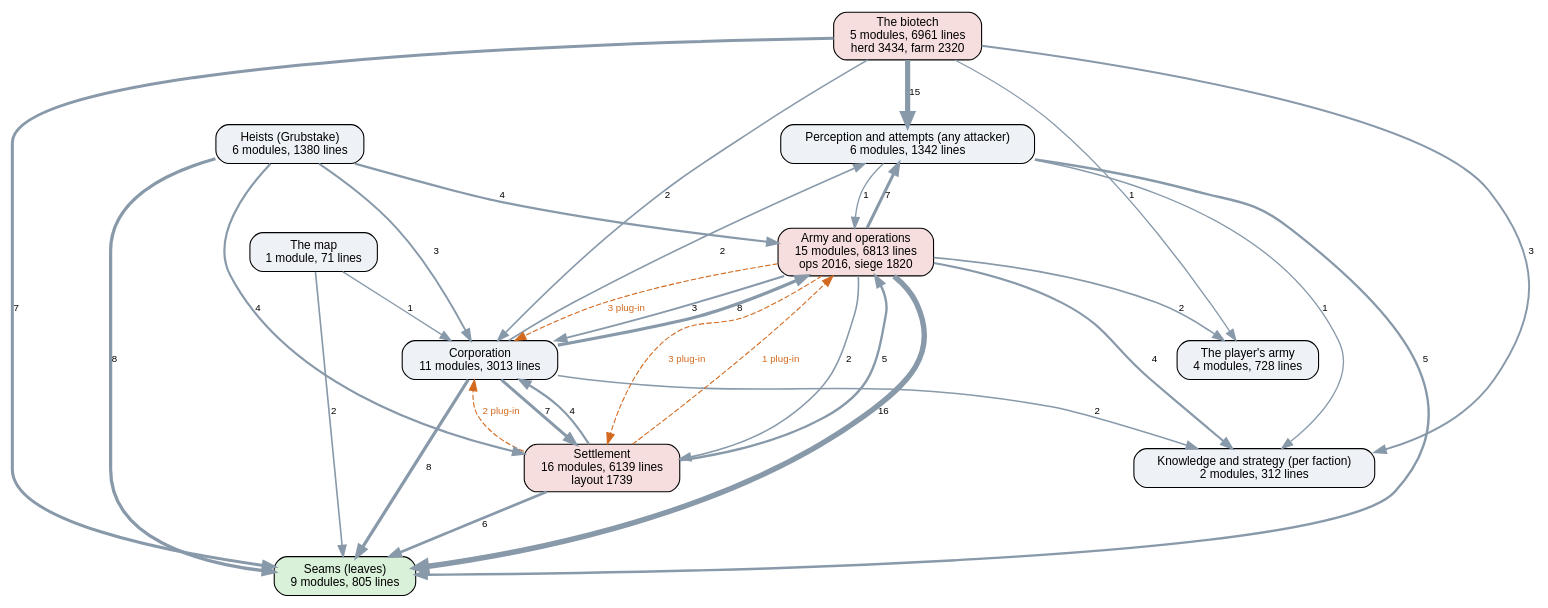
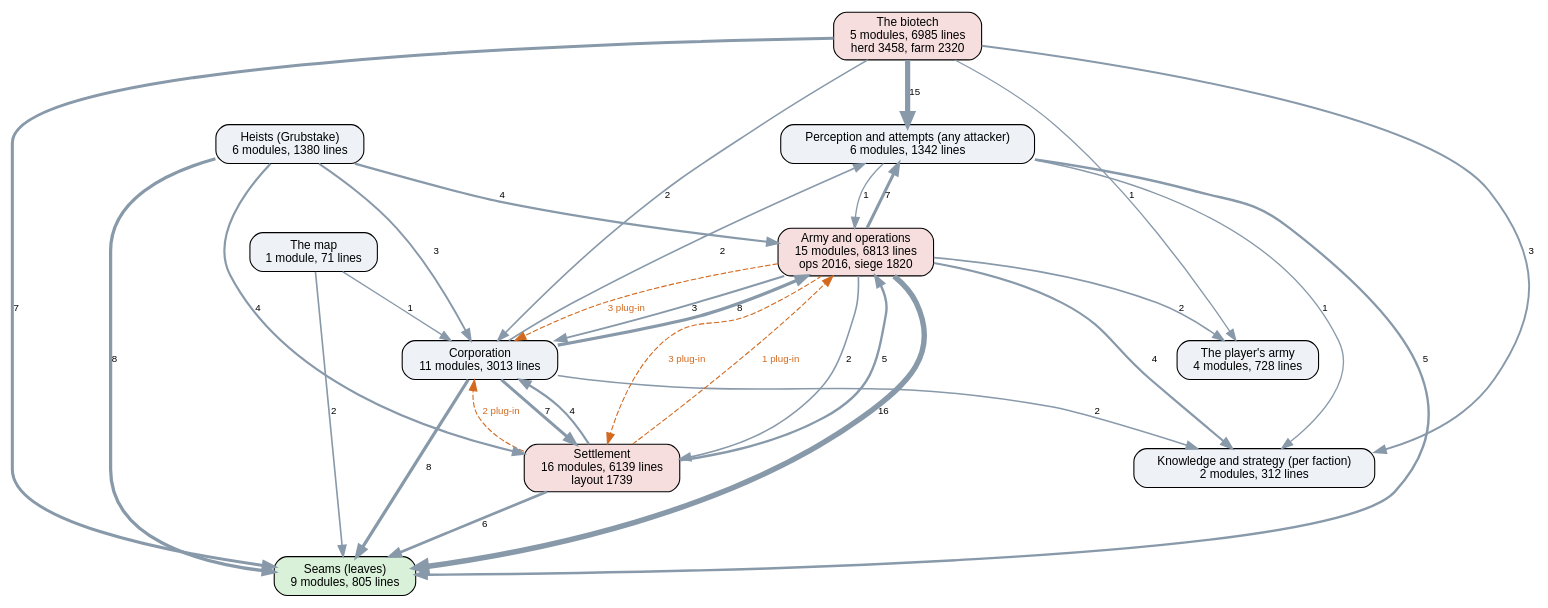
The diagram in docs/ai-layers.dot (kinelhu/landing-party), drawn with Graphviz before and after one commit. The commit also changed 7 other files, not shown here.

```diff
--- a/docs/ai-layers.dot
+++ b/docs/ai-layers.dot
@@ -1,47 +1,47 @@
 digraph layers {
   graph [rankdir=TB, fontname="Helvetica", nodesep=0.5, ranksep=0.7];
   node [shape=box, style="rounded,filled", fontname="Helvetica", fontsize=11, fillcolor="#eef2f7"];
   edge [color="#8899aa", fontname="Helvetica", fontsize=9];
   "Seams (leaves)" [label="Seams (leaves)\n9 modules, 805 lines", fillcolor="#d9f0d9"];
   "Perception and attempts (any attacker)" [label="Perception and attempts (any attacker)\n6 modules, 1342 lines", fillcolor="#eef2f7"];
   "Knowledge and strategy (per faction)" [label="Knowledge and strategy (per faction)\n2 modules, 312 lines", fillcolor="#eef2f7"];
   "Corporation" [label="Corporation\n11 modules, 3013 lines", fillcolor="#eef2f7"];
   "Settlement" [label="Settlement\n16 modules, 6139 lines\nlayout 1739", fillcolor="#f7dede"];
   "Army and operations" [label="Army and operations\n15 modules, 6813 lines\nops 2016, siege 1820", fillcolor="#f7dede"];
   "Heists (Grubstake)" [label="Heists (Grubstake)\n6 modules, 1380 lines", fillcolor="#eef2f7"];
-  "The biotech" [label="The biotech\n5 modules, 6961 lines\nherd 3434, farm 2320", fillcolor="#f7dede"];
+  "The biotech" [label="The biotech\n5 modules, 6985 lines\nherd 3458, farm 2320", fillcolor="#f7dede"];
   "The map" [label="The map\n1 module, 71 lines", fillcolor="#eef2f7"];
   "The player's army" [label="The player's army\n4 modules, 728 lines", fillcolor="#eef2f7"];
   "Army and operations" -> "Corporation" [label="3", penwidth=1.8];
   "Army and operations" -> "Knowledge and strategy (per faction)" [label="4", penwidth=2.0];
   "Army and operations" -> "Perception and attempts (any attacker)" [label="7", penwidth=2.8];
   "Army and operations" -> "Seams (leaves)" [label="16", penwidth=5.0];
   "Army and operations" -> "Settlement" [label="2", penwidth=1.5];
   "Army and operations" -> "The player's army" [label="2", penwidth=1.5];
   "Corporation" -> "Army and operations" [label="8", penwidth=3.0];
   "Corporation" -> "Knowledge and strategy (per faction)" [label="2", penwidth=1.5];
   "Corporation" -> "Perception and attempts (any attacker)" [label="2", penwidth=1.5];
   "Corporation" -> "Seams (leaves)" [label="8", penwidth=3.0];
   "Corporation" -> "Settlement" [label="7", penwidth=2.8];
   "Heists (Grubstake)" -> "Army and operations" [label="4", penwidth=2.0];
   "Heists (Grubstake)" -> "Corporation" [label="3", penwidth=1.8];
   "Heists (Grubstake)" -> "Seams (leaves)" [label="8", penwidth=3.0];
   "Heists (Grubstake)" -> "Settlement" [label="4", penwidth=2.0];
   "Perception and attempts (any attacker)" -> "Army and operations" [label="1", penwidth=1.2];
   "Perception and attempts (any attacker)" -> "Knowledge and strategy (per faction)" [label="1", penwidth=1.2];
   "Perception and attempts (any attacker)" -> "Seams (leaves)" [label="5", penwidth=2.2];
   "Settlement" -> "Army and operations" [label="5", penwidth=2.2];
   "Settlement" -> "Corporation" [label="4", penwidth=2.0];
   "Settlement" -> "Seams (leaves)" [label="6", penwidth=2.5];
   "The biotech" -> "Corporation" [label="2", penwidth=1.5];
   "The biotech" -> "Knowledge and strategy (per faction)" [label="3", penwidth=1.8];
   "The biotech" -> "Perception and attempts (any attacker)" [label="15", penwidth=4.8];
   "The biotech" -> "Seams (leaves)" [label="7", penwidth=2.8];
   "The biotech" -> "The player's army" [label="1", penwidth=1.2];
   "The map" -> "Corporation" [label="1", penwidth=1.2];
   "The map" -> "Seams (leaves)" [label="2", penwidth=1.5];
   "Army and operations" -> "Corporation" [style=dashed, color="#d2691e", fontcolor="#d2691e", label="3 plug-in"];
   "Army and operations" -> "Settlement" [style=dashed, color="#d2691e", fontcolor="#d2691e", label="3 plug-in"];
   "Settlement" -> "Army and operations" [style=dashed, color="#d2691e", fontcolor="#d2691e", label="1 plug-in"];
   "Settlement" -> "Corporation" [style=dashed, color="#d2691e", fontcolor="#d2691e", label="2 plug-in"];
 }
```
